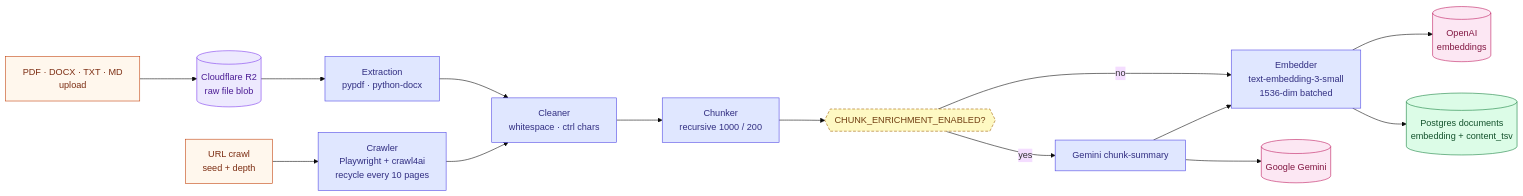
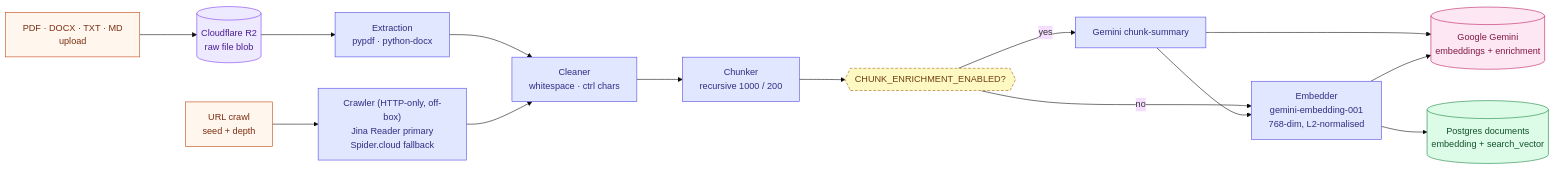
The first of 2 diagrams in docs/system-design/docs/06-rag/pipeline.md (digibranders/oye-chats-platform), drawn with Mermaid (base theme) before and after one commit. The commit also changed other lines of this file and 35 other files, not shown here.

First line of the commit message:
docs(system-design): the architecture site described a system two rewrites old

````diff
--- a/docs/system-design/docs/06-rag/pipeline.md
+++ b/docs/system-design/docs/06-rag/pipeline.md
@@ -11,41 +11,40 @@
 ```mermaid
 ---
 config:
   flowchart:
     nodeSpacing: 55
     rankSpacing: 80
 ---
 flowchart LR
     classDef src fill:#fff7ed,stroke:#c2410c,color:#7c2d12
     classDef step fill:#e0e7ff,stroke:#4f46e5,color:#312e81
     classDef gate fill:#fef9c3,stroke:#a16207,color:#713f12,stroke-dasharray:5 3
     classDef storage fill:#ede9fe,stroke:#7c3aed,color:#4c1d95
     classDef db fill:#dcfce7,stroke:#15803d,color:#14532d
     classDef ext fill:#fce7f3,stroke:#be185d,color:#831843
 
     File["PDF · DOCX · TXT · MD<br/>upload"]:::src
     URL["URL crawl<br/>seed + depth"]:::src
 
     R2[("Cloudflare R2<br/>raw file blob")]:::storage
 
     Extr["Extraction<br/>pypdf · python-docx"]:::step
-    Crawl["Crawler<br/>Playwright + crawl4ai<br/>recycle every 10 pages"]:::step
+    Crawl["Crawler (HTTP-only, off-box)<br/>Jina Reader primary<br/>Spider.cloud fallback"]:::step
     Clean["Cleaner<br/>whitespace · ctrl chars"]:::step
     Chunk["Chunker<br/>recursive 1000 / 200"]:::step
     EnrichGate{{"CHUNK_ENRICHMENT_ENABLED?"}}:::gate
     EnrichStep["Gemini chunk-summary"]:::step
-    Embed["Embedder<br/>text-embedding-3-small<br/>1536-dim batched"]:::step
-    DocsDB[("Postgres documents<br/>embedding + content_tsv")]:::db
+    Embed["Embedder<br/>gemini-embedding-001<br/>768-dim, L2-normalised"]:::step
+    DocsDB[("Postgres documents<br/>embedding + search_vector")]:::db
 
-    OpenAI[("OpenAI<br/>embeddings")]:::ext
-    Gemini[("Google Gemini")]:::ext
+    Gemini[("Google Gemini<br/>embeddings + enrichment")]:::ext
 
     File --> R2 --> Extr --> Clean
     URL --> Crawl --> Clean
     Clean --> Chunk --> EnrichGate
     EnrichGate -- "no" --> Embed
     EnrichGate -- "yes" --> EnrichStep --> Embed
     EnrichStep --> Gemini
-    Embed --> OpenAI
+    Embed --> Gemini
     Embed --> DocsDB
 ```
````
